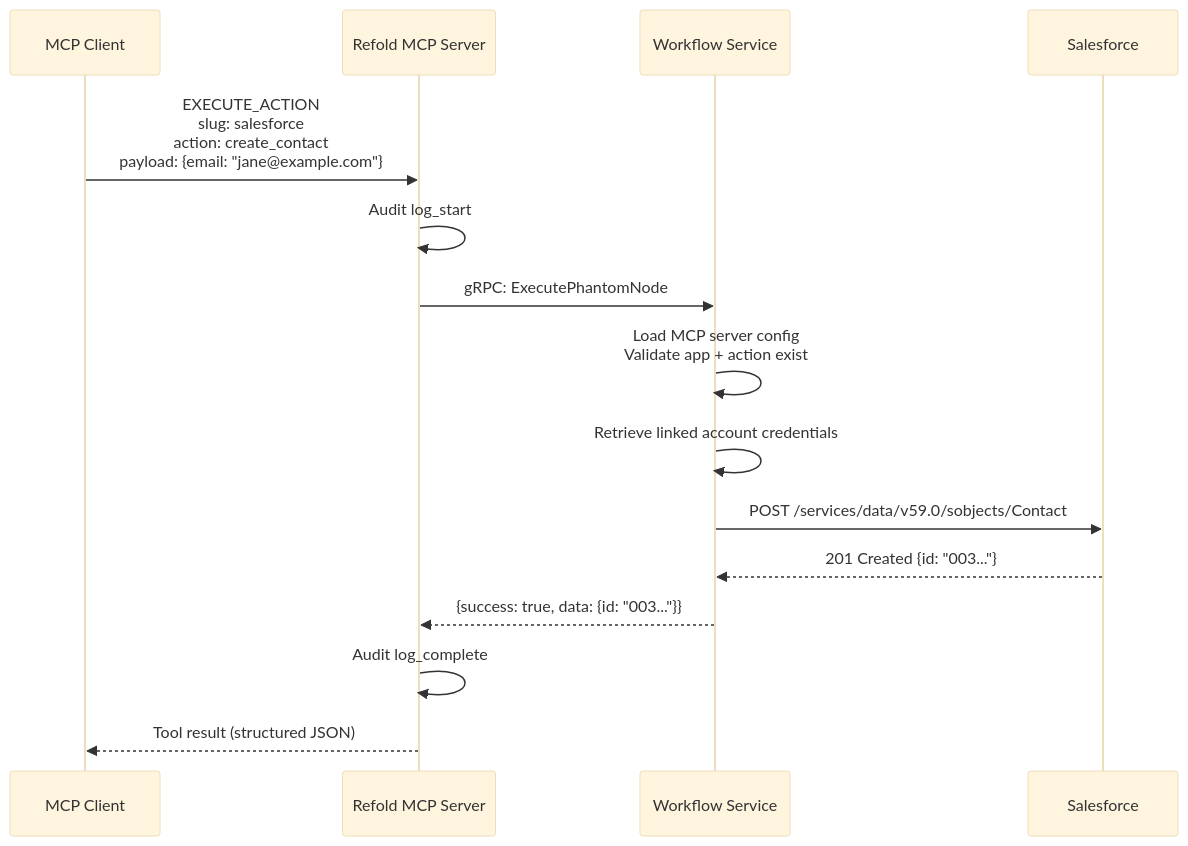
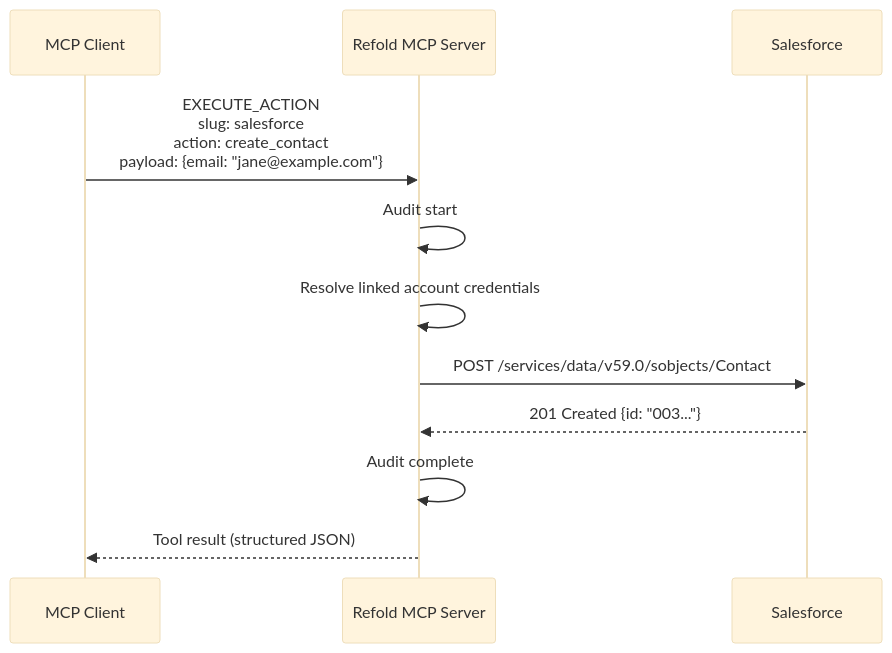
The second of 2 diagrams in mcp/architecture.mdx (gocobalt/mintlify-docs), drawn with Mermaid (base theme) before and after one commit. The commit also changed other lines of this file and 5 other files, not shown here.

````diff
--- a/mcp/architecture.mdx
+++ b/mcp/architecture.mdx
@@ -115,18 +102,14 @@
 ```mermaid
 sequenceDiagram
     participant Agent as MCP Client
-    participant MCP as Refold MCP Server
-    participant WF as Workflow Service
+    participant Refold as Refold MCP Server
     participant App as Salesforce
 
-    Agent->>MCP: EXECUTE_ACTION<br/>slug: salesforce<br/>action: create_contact<br/>payload: {email: "jane@example.com"}
-    MCP->>MCP: Audit log_start
-    MCP->>WF: gRPC: ExecutePhantomNode
-    WF->>WF: Load MCP server config<br/>Validate app + action exist
-    WF->>WF: Retrieve linked account credentials
-    WF->>App: POST /services/data/v59.0/sobjects/Contact
-    App-->>WF: 201 Created {id: "003..."}
-    WF-->>MCP: {success: true, data: {id: "003..."}}
-    MCP->>MCP: Audit log_complete
-    MCP-->>Agent: Tool result (structured JSON)
+    Agent->>Refold: EXECUTE_ACTION<br/>slug: salesforce<br/>action: create_contact<br/>payload: {email: "jane@example.com"}
+    Refold->>Refold: Audit start
+    Refold->>Refold: Resolve linked account credentials
+    Refold->>App: POST /services/data/v59.0/sobjects/Contact
+    App-->>Refold: 201 Created {id: "003..."}
+    Refold->>Refold: Audit complete
+    Refold-->>Agent: Tool result (structured JSON)
 ```
````
